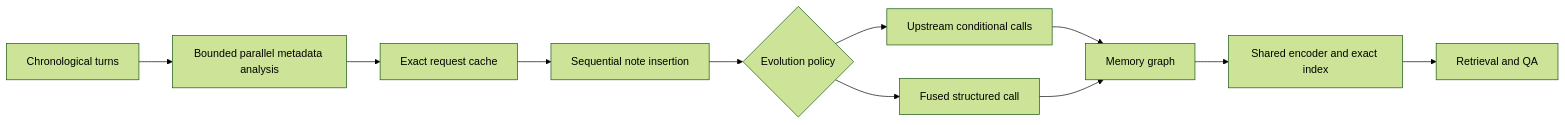
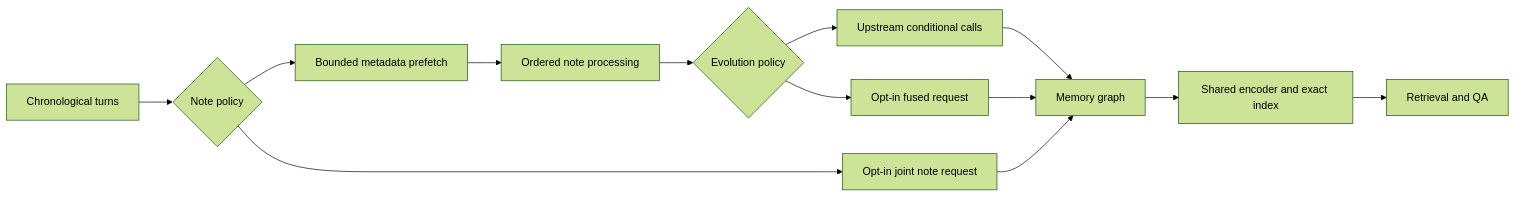
One commit to Ivan14441111/A-Mem-Fast changed the diagram in README.md. Above: the diagram before and after it, drawn with Mermaid (forest theme). The commit also changed other lines of this file and 139 other files, not shown here.

````diff
--- a/README.md
+++ b/README.md
@@ -7,13 +7,15 @@
 ```mermaid
 flowchart LR
-    T[Chronological turns] --> A[Bounded parallel metadata analysis]
-    A --> C[Exact request cache]
-    C --> S[Sequential note insertion]
+    T[Chronological turns] --> P{Note policy}
+    P --> A[Bounded metadata prefetch]
+    A --> S[Ordered note processing]
     S --> E{Evolution policy}
     E --> U[Upstream conditional calls]
-    E --> F[Fused structured call]
+    E --> F[Opt-in fused request]
+    P --> J[Opt-in joint note request]
     U --> G[Memory graph]
     F --> G
+    J --> G
     G --> I[Shared encoder and exact index]
     I --> Q[Retrieval and QA]
 ```
````
